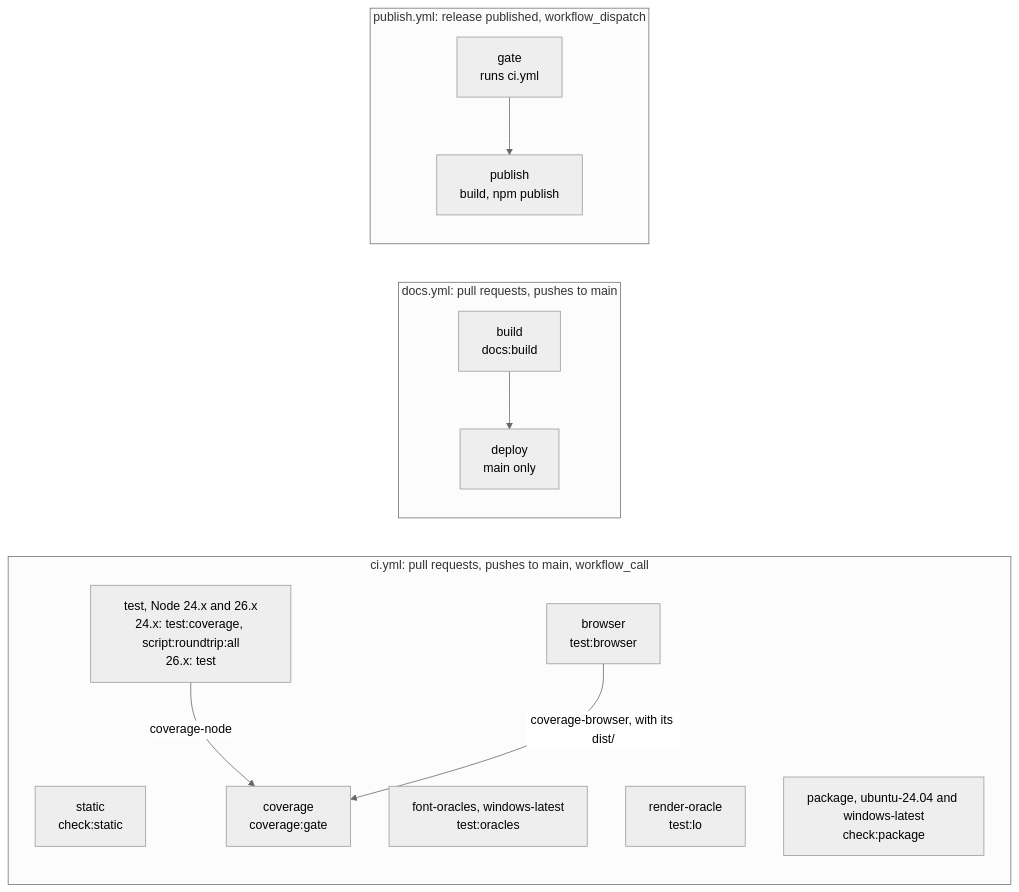
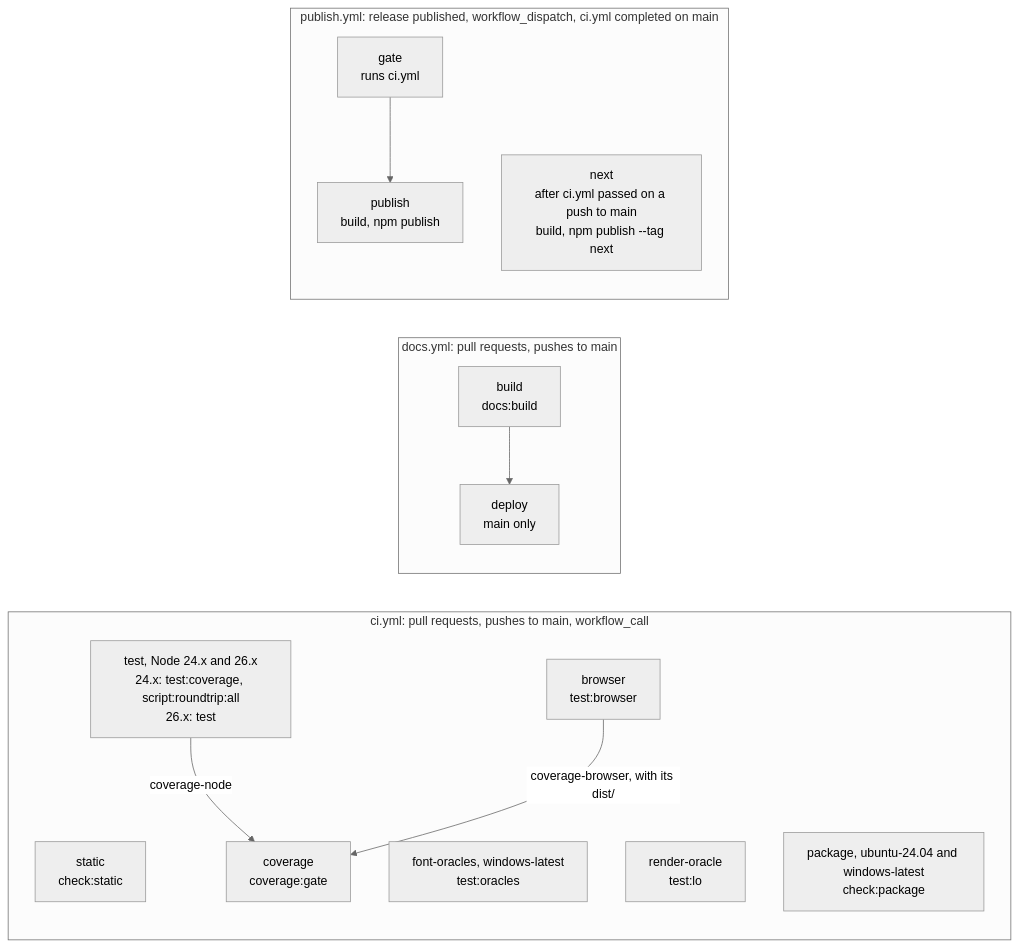
Before and after one commit to shbernal/pptx-ts: the first of 2 diagrams in docs/contributing/testing.md, drawn with Mermaid (neutral theme). The commit also changed other lines of this file and 8 other files, not shown here.

First line of the commit message:
ci(publish): publish every green push to main under the next dist-tag (#85)

````diff
--- a/docs/contributing/testing.md
+++ b/docs/contributing/testing.md
@@ -131,20 +131,21 @@
 ```mermaid
 flowchart LR
   subgraph ci["ci.yml: pull requests, pushes to main, workflow_call"]
     static["static<br/>check:static"]
     test["test, Node 24.x and 26.x<br/>24.x: test:coverage, script:roundtrip:all<br/>26.x: test"]
     fonts["font-oracles, windows-latest<br/>test:oracles"]
     render["render-oracle<br/>test:lo"]
     browser["browser<br/>test:browser"]
     coverage["coverage<br/>coverage:gate"]
     package["package, ubuntu-24.04 and windows-latest<br/>check:package"]
     test -- "coverage-node" --> coverage
     browser -- "coverage-browser, with its dist/" --> coverage
   end
   subgraph docs["docs.yml: pull requests, pushes to main"]
     build["build<br/>docs:build"] --> deploy["deploy<br/>main only"]
   end
-  subgraph publish["publish.yml: release published, workflow_dispatch"]
+  subgraph publish["publish.yml: release published, workflow_dispatch, ci.yml completed on main"]
     gate["gate<br/>runs ci.yml"] --> pub["publish<br/>build, npm publish"]
+    next["next<br/>after ci.yml passed on a push to main<br/>build, npm publish --tag next"]
   end
 ```
````
